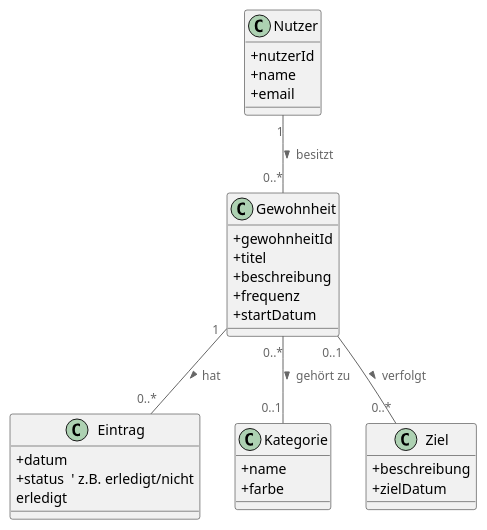
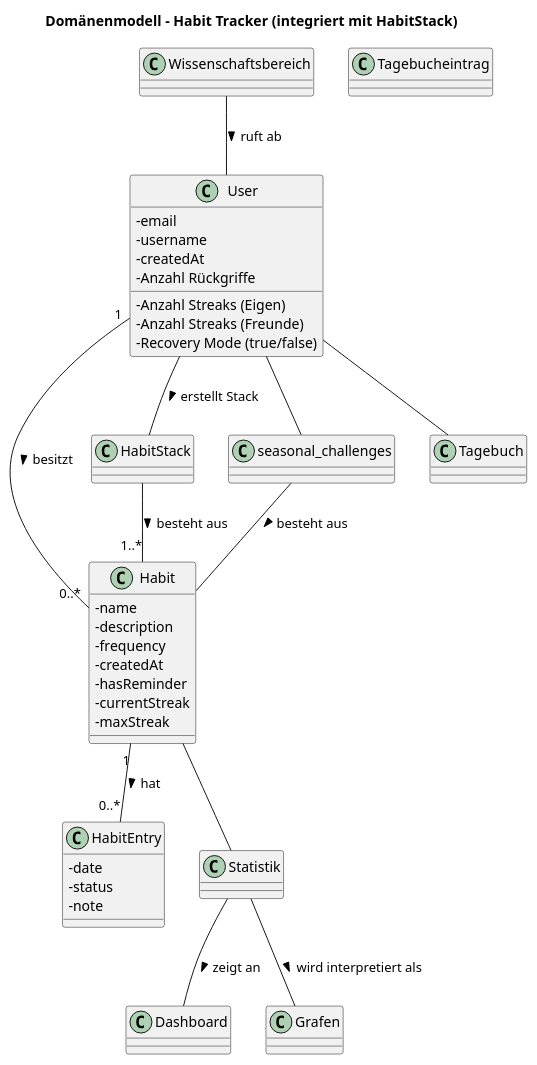
One commit to laurenzzzzzz/htwd-se1-habitree changed the diagram in docs/requirements/plantuml/Domänenmodell.plantuml. Above: the diagram before and after it, drawn with PlantUML. The commit also changed 1 other file, not shown here.

```diff
--- a/docs/requirements/plantuml/Domänenmodell.plantuml
+++ b/docs/requirements/plantuml/Domänenmodell.plantuml
@@ -1,42 +1,74 @@
-@startuml Domänenmodell
-!include https://raw.githubusercontent.com/plantuml-stdlib/C4-PlantUML/master/C4_Container.puml
-' Konfiguration für besseres Layout
+@startuml
+title Domänenmodell – Habit Tracker (integriert mit HabitStack)
+
 skinparam classAttributeIconSize 0
 
-' Klassen
-class Nutzer {
-  +nutzerId
-  +name
-  +email
+'=======================
+' Hauptklassen (Kernmodell)
+'=======================
+
+class User {
+  - email
+  - username
+  - createdAt
+  - Anzahl Streaks (Eigen)
+  - Anzahl Streaks (Freunde)
+  - Anzahl Rückgriffe
+  - Recovery Mode (true/false)
 }
 
-class Gewohnheit {
-  +gewohnheitId
-  +titel
-  +beschreibung
-  +frequenz
-  +startDatum
+class Habit {
+  - name
+  - description
+  - frequency
+  - createdAt
+  - hasReminder
+  - currentStreak
+  - maxStreak
 }
 
-class Eintrag {
-  +datum
-  +status  ' z.B. erledigt/nicht erledigt
+class HabitEntry {
+  - date
+  - status
+  - note
 }
 
-class Kategorie {
-  +name
-  +farbe
-}
 
-class Ziel {
-  +beschreibung
-  +zielDatum
-}
+class HabitStack
+class Tagebucheintrag
 
+
+
+class seasonal_challenges
+class Tagebuch
+
+
+class Statistik
+class Dashboard
+class Wissenschaftsbereich
+
+'=======================
 ' Beziehungen
-Nutzer "1" -- "0..*" Gewohnheit : besitzt >
-Gewohnheit "1" -- "0..*" Eintrag : hat >
-Gewohnheit "0..*" -- "0..1" Kategorie : gehört zu >
-Gewohnheit "0..1" -- "0..*" Ziel : verfolgt >
+'=======================
+
+User "1" -- "0..*" Habit : besitzt >
+Habit "1" -- "0..*" HabitEntry : hat >
+
+HabitStack -- "1..*" Habit : besteht aus >
+
+Habit -- Statistik
+
+User -- HabitStack : erstellt Stack >
+
+
+
+User -- Tagebuch
+User -- seasonal_challenges
+seasonal_challenges -- Habit : besteht aus >
+
+Wissenschaftsbereich -- User : ruft ab >
+
+Statistik -- Dashboard : zeigt an >
+Statistik -- Grafen : wird interpretiert als >
 
 @enduml
```
